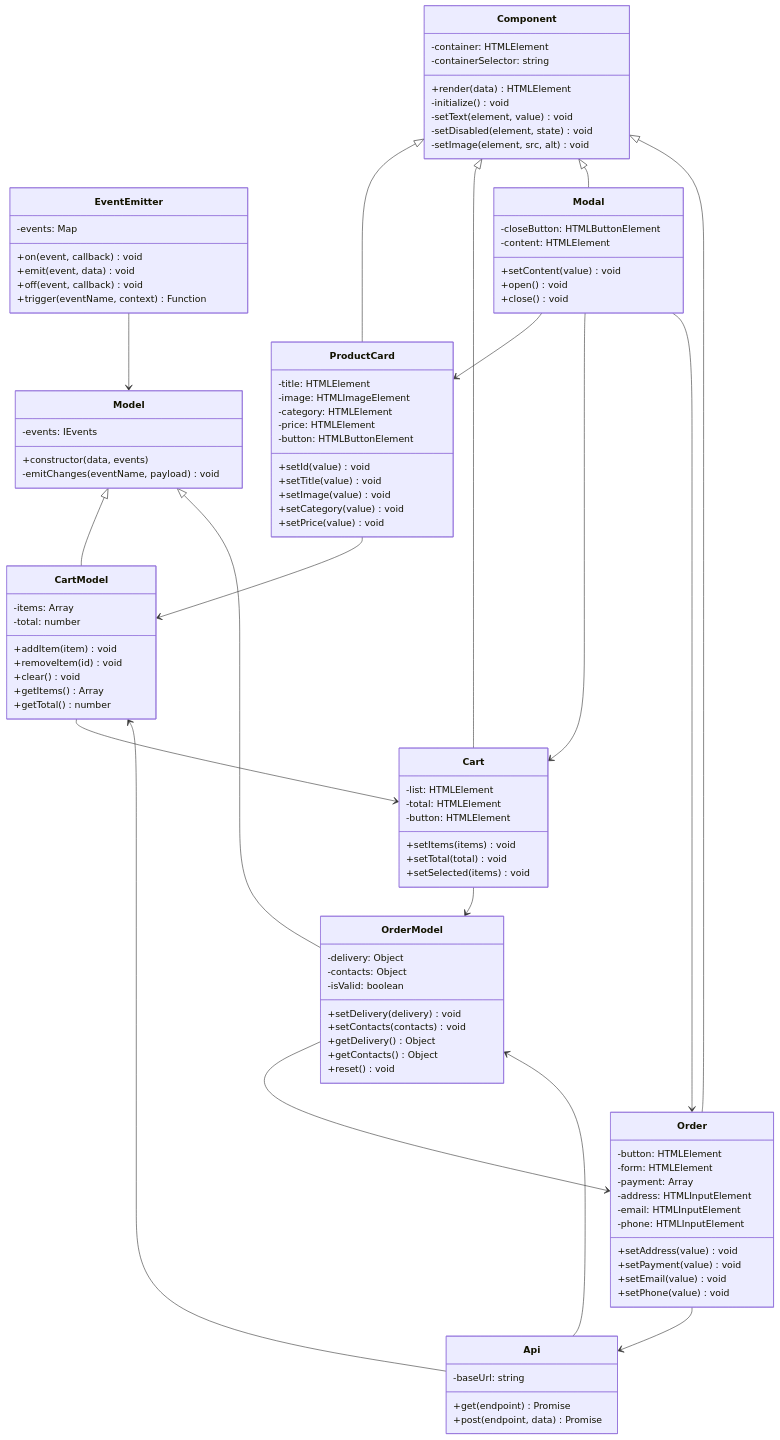
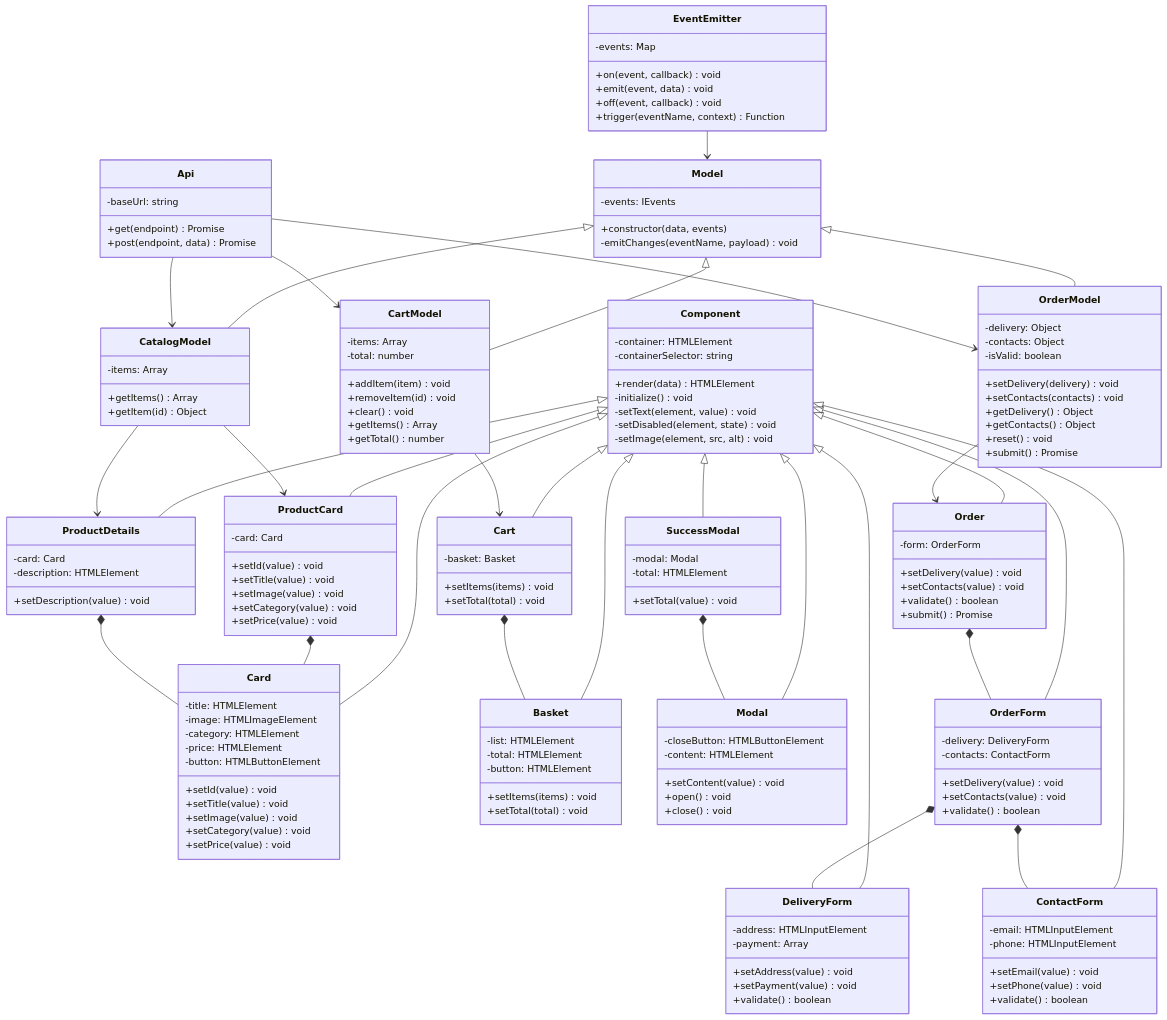
One commit to R7Nick7A/Frontend-Yandex changed the diagram in README.md. Above: the diagram before and after it, drawn with Mermaid.

````diff
--- a/README.md
+++ b/README.md
@@ -178,5 +178,6 @@
 ```mermaid
 classDiagram
+    %% Базовые классы
     class Component {
         -container: HTMLElement
         -containerSelector: string
@@ -207,6 +208,13 @@
         +post(endpoint, data) Promise
     }
 
+    %% Модели
+    class CatalogModel {
+        -items: Array
+        +getItems() Array
+        +getItem(id) Object
+    }
+
     class CartModel {
         -items: Array
         -total: number
@@ -226,9 +234,11 @@
         +getDelivery() Object
         +getContacts() Object
         +reset() void
+        +submit() Promise
     }
 
-    class ProductCard {
+    %% UI Компоненты
+    class Card {
         -title: HTMLElement
         -image: HTMLImageElement
         -category: HTMLElement
@@ -241,13 +251,33 @@
         +setPrice(value) void
     }
 
-    class Cart {
+    class ProductCard {
+        -card: Card
+        +setId(value) void
+        +setTitle(value) void
+        +setImage(value) void
+        +setCategory(value) void
+        +setPrice(value) void
+    }
+
+    class ProductDetails {
+        -card: Card
+        -description: HTMLElement
+        +setDescription(value) void
+    }
+
+    class Basket {
         -list: HTMLElement
         -total: HTMLElement
         -button: HTMLElement
         +setItems(items) void
         +setTotal(total) void
-        +setSelected(items) void
+    }
+
+    class Cart {
+        -basket: Basket
+        +setItems(items) void
+        +setTotal(total) void
     }
 
     class Modal {
@@ -258,39 +288,76 @@
         +close() void
     }
 
-    class Order {
-        -button: HTMLElement
-        -form: HTMLElement
+    class SuccessModal {
+        -modal: Modal
+        -total: HTMLElement
+        +setTotal(value) void
+    }
+
+    class DeliveryForm {
+        -address: HTMLInputElement
         -payment: Array
-        -address: HTMLInputElement
+        +setAddress(value) void
+        +setPayment(value) void
+        +validate() boolean
+    }
+
+    class ContactForm {
         -email: HTMLInputElement
         -phone: HTMLInputElement
-        +setAddress(value) void
-        +setPayment(value) void
         +setEmail(value) void
         +setPhone(value) void
+        +validate() boolean
+    }
+
+    class OrderForm {
+        -delivery: DeliveryForm
+        -contacts: ContactForm
+        +setDelivery(value) void
+        +setContacts(value) void
+        +validate() boolean
+    }
+
+    class Order {
+        -form: OrderForm
+        +setDelivery(value) void
+        +setContacts(value) void
+        +validate() boolean
+        +submit() Promise
     }
 
     %% Наследование
+    Model <|-- CatalogModel
+    Model <|-- CartModel
+    Model <|-- OrderModel
+    Component <|-- Card
     Component <|-- ProductCard
+    Component <|-- ProductDetails
+    Component <|-- Basket
     Component <|-- Cart
     Component <|-- Modal
+    Component <|-- SuccessModal
+    Component <|-- DeliveryForm
+    Component <|-- ContactForm
+    Component <|-- OrderForm
     Component <|-- Order
-    Model <|-- CartModel
-    Model <|-- OrderModel
+
+    %% Композиция
+    ProductCard *-- Card
+    ProductDetails *-- Card
+    Cart *-- Basket
+    SuccessModal *-- Modal
+    Order *-- OrderForm
+    OrderForm *-- DeliveryForm
+    OrderForm *-- ContactForm
 
     %% Зависимости
     EventEmitter --> Model
+    Api --> CatalogModel
     Api --> CartModel
     Api --> OrderModel
-    
-    %% Новые связи
+    CatalogModel --> ProductCard
+    CatalogModel --> ProductDetails
     CartModel --> Cart
     OrderModel --> Order
-    ProductCard --> CartModel
-    Cart --> OrderModel
-    Order --> Api
-    Modal --> ProductCard
-    Modal --> Cart
-    Modal --> Order
 ```
````
